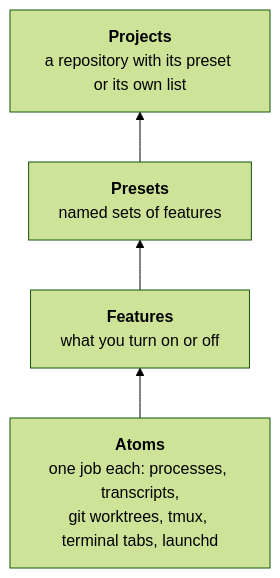
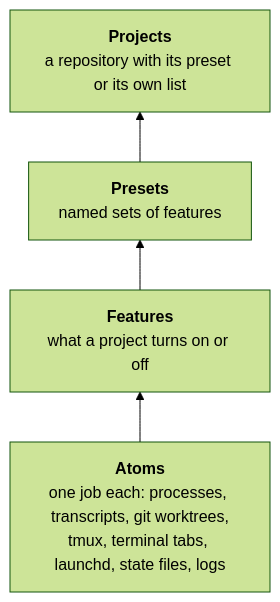
One commit to alejandrovdev/porchlight changed the third of 3 diagrams in README.md. Above: the diagram before and after it, drawn with Mermaid (forest theme). The commit also changed other lines of this file, not shown here.

````diff
--- a/README.md
+++ b/README.md
@@ -94,9 +701,9 @@
 ```mermaid
 flowchart BT
-    atoms["<b>Atoms</b><br/>one job each: processes, transcripts,<br/>git worktrees, tmux, terminal tabs, launchd"]
-    features["<b>Features</b><br/>what you turn on or off"]
+    atoms["<b>Atoms</b><br/>one job each: processes, transcripts, git worktrees,<br/>tmux, terminal tabs, launchd, state files, logs"]
+    features["<b>Features</b><br/>what a project turns on or off"]
     presets["<b>Presets</b><br/>named sets of features"]
     projects["<b>Projects</b><br/>a repository with its preset or its own list"]
 
     atoms --> features --> presets --> projects
 ```
````
